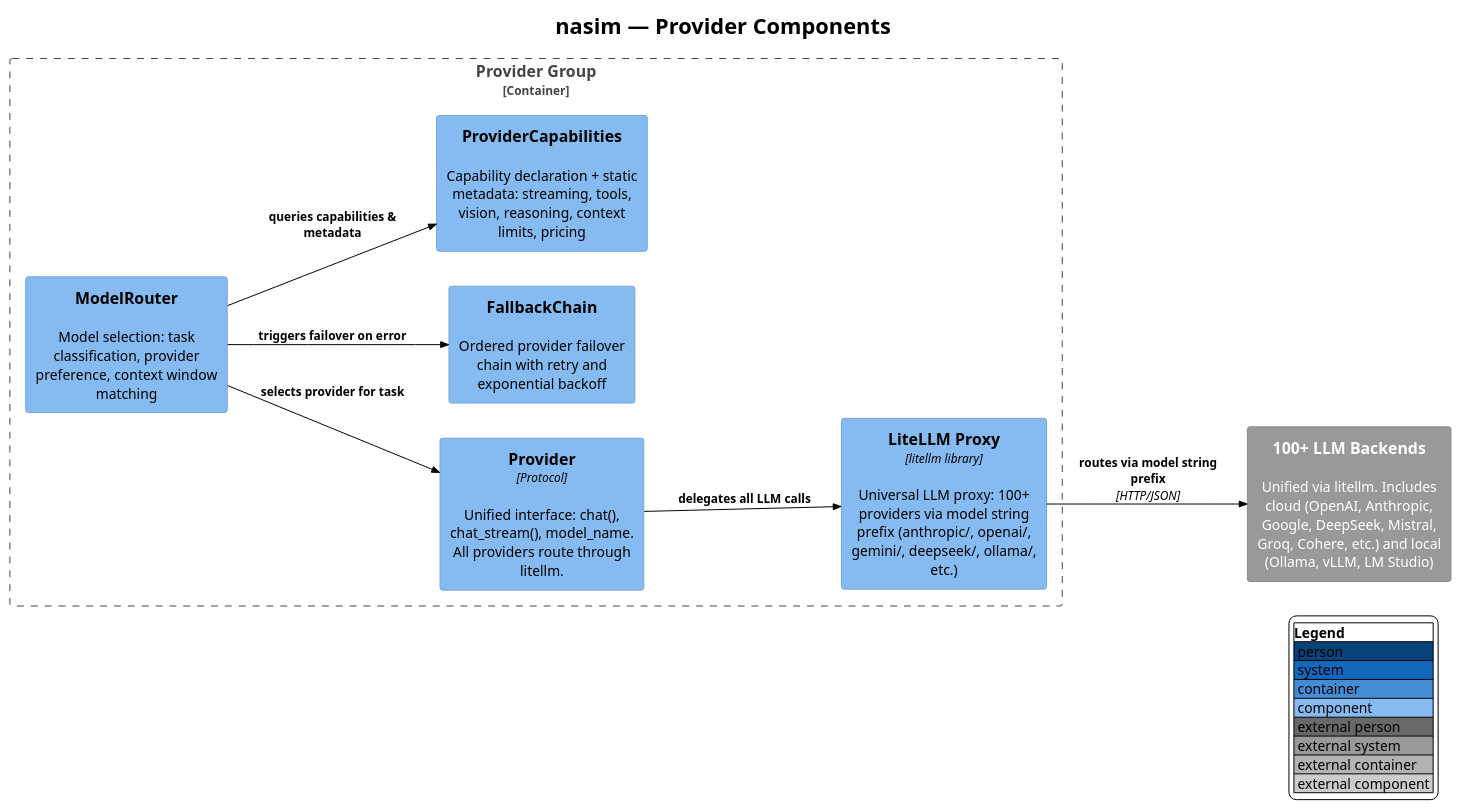
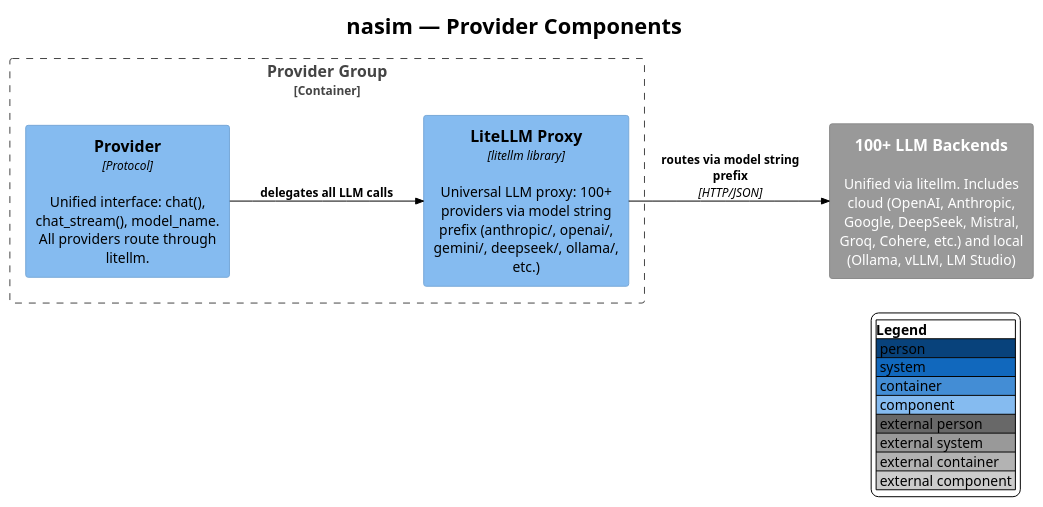
Before and after one commit to salimnamvar/nasim: diagram 14 of 24 in C4.md, drawn with PlantUML. The commit also changed other lines of this file and 10 other files, not shown here.

First line of the commit message:
docs: Refactor documentation and code structure for nasim architecture

```diff
--- a/C4.md
+++ b/C4.md
@@ -821,53 +821,44 @@
 @startuml nasim_component_provider
 !include https://raw.githubusercontent.com/plantuml-stdlib/C4-PlantUML/v2.10.0/C4_Component.puml
 !theme plain
 
 ' ============================================================
 ' Title: nasim — Provider Component Diagram
 ' Boundary: nasim core library — Provider group
 ' Purpose: Universal LLM provider abstraction via litellm proxy (100+ providers)
 ' Milestone: v1.0
 ' Version: 6.0.0
 ' Source: docs/audit/audit.2026.06.20.deep.domain.audit.md
 ' Review: —
 ' ============================================================
 
 LAYOUT_LEFT_RIGHT()
 LAYOUT_WITH_LEGEND()
 
 title nasim — Provider Components
 
 ' ============================================================
 ' Provider Group
 ' ============================================================
 
 Container_Boundary(provider_boundary, "Provider Group") {
 
     Component(provider, "Provider", "Protocol", "Unified interface: chat(), chat_stream(), model_name. All providers route through litellm.")
 
     Component(litellm_proxy, "LiteLLM Proxy", "litellm library", "Universal LLM proxy: 100+ providers via model string prefix (anthropic/, openai/, gemini/, deepseek/, ollama/, etc.)")
-
-    Component(model_router, "ModelRouter", "", "Model selection: task classification, provider preference, context window matching")
-
-    Component(fallback_chain, "FallbackChain", "", "Ordered provider failover chain with retry and exponential backoff")
-
-    Component(provider_caps, "ProviderCapabilities", "", "Capability declaration + static metadata: streaming, tools, vision, reasoning, context limits, pricing")
 }
 
 ' ============================================================
 ' External: LLM Backends (consolidated — litellm routes to 100+)
 ' ============================================================
 
 System_Ext(all_llm_backends, "100+ LLM Backends", "Unified via litellm. Includes cloud (OpenAI, Anthropic, Google, DeepSeek, Mistral, Groq, Cohere, etc.) and local (Ollama, vLLM, LM Studio)")
 
 ' ============================================================
 ' Provider Relationships
 ' ============================================================
 
-Rel(model_router, provider, "selects provider for task")
-Rel(model_router, provider_caps, "queries capabilities & metadata")
-Rel(model_router, fallback_chain, "triggers failover on error")
 Rel(provider, litellm_proxy, "delegates all LLM calls")
 Rel(litellm_proxy, all_llm_backends, "routes via model string prefix", "HTTP/JSON")
 
 @enduml
```
